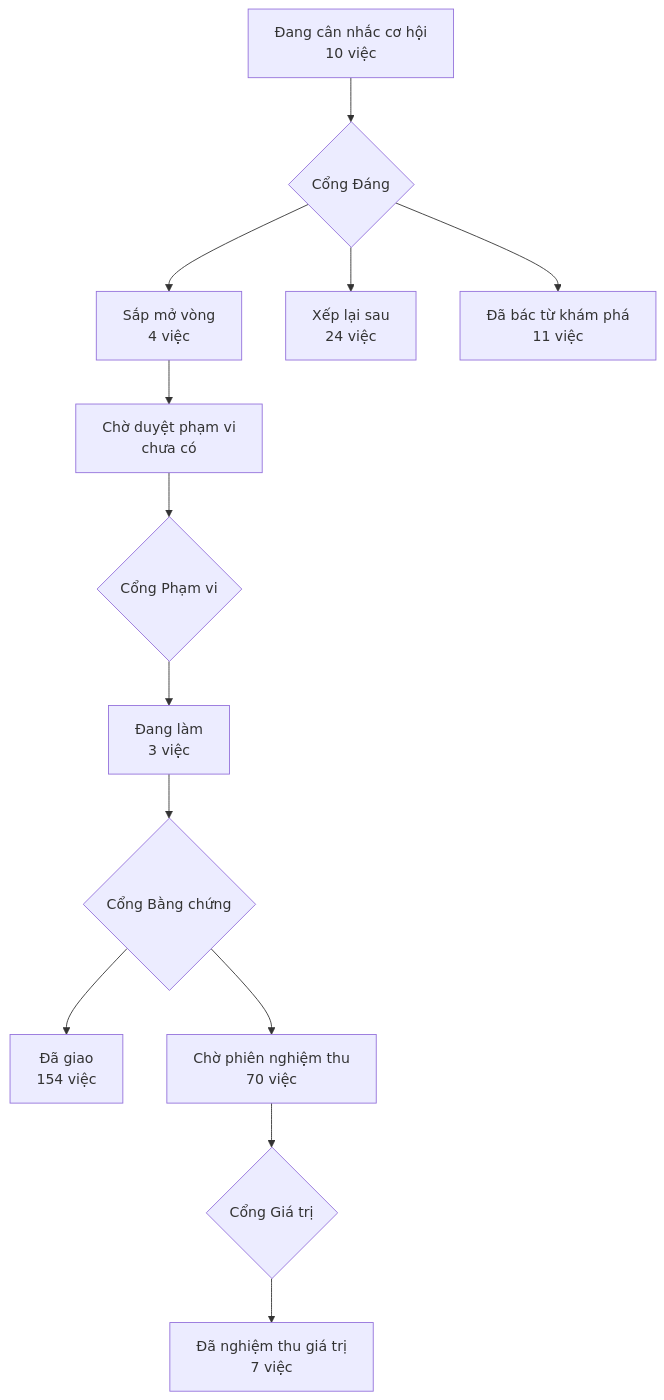
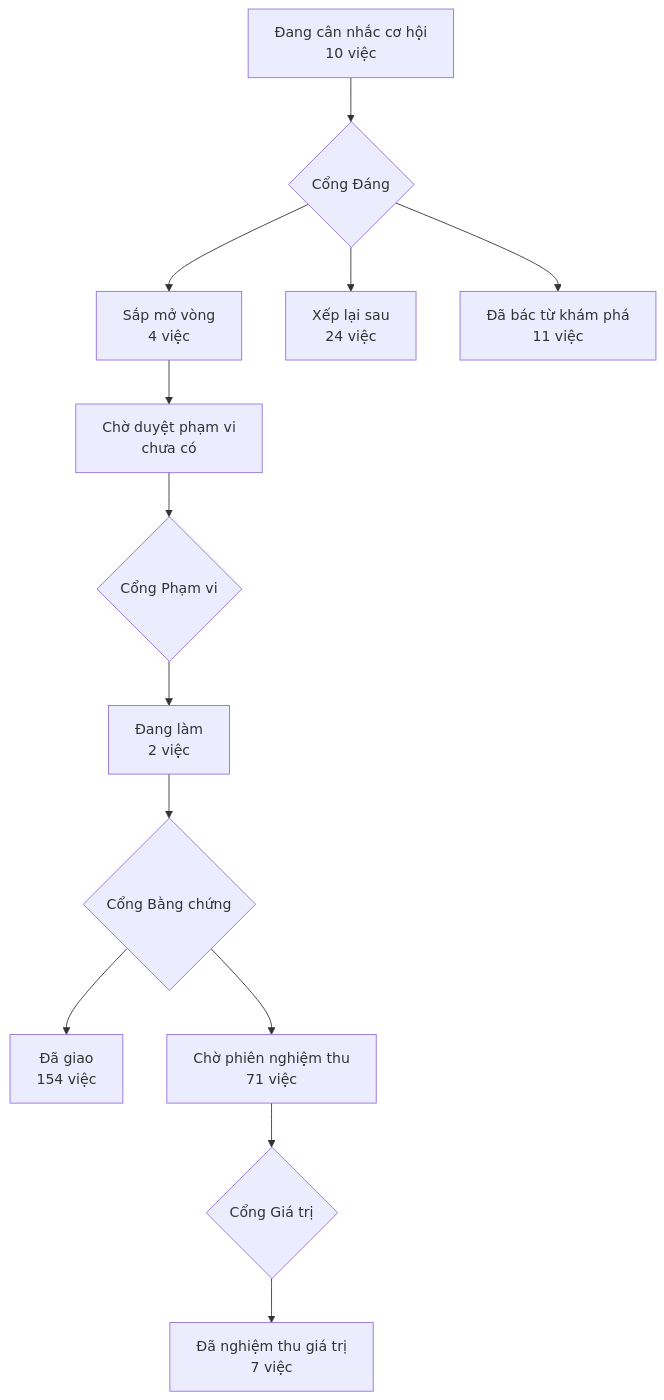
Before and after one commit to phanlemanh/acceptance-gate-kit: the diagram in PRODUCT-MAP.md, drawn with Mermaid. The commit also changed 6 other files, not shown here.

````diff
--- a/PRODUCT-MAP.md
+++ b/PRODUCT-MAP.md
@@ -7,12 +7,12 @@
 ```mermaid
 flowchart TD
   A["Đang cân nhắc cơ hội<br/>10 việc"] --> GD{"Cổng Đáng"}
   GD --> B["Sắp mở vòng<br/>4 việc"]
   GD --> XL["Xếp lại sau<br/>24 việc"]
   GD --> DB["Đã bác từ khám phá<br/>11 việc"]
   B --> CD["Chờ duyệt phạm vi<br/>chưa có"] --> GP{"Cổng Phạm vi"}
-  GP --> DL["Đang làm<br/>3 việc"] --> GB{"Cổng Bằng chứng"}
+  GP --> DL["Đang làm<br/>2 việc"] --> GB{"Cổng Bằng chứng"}
   GB --> DG["Đã giao<br/>154 việc"]
-  GB --> CN["Chờ phiên nghiệm thu<br/>70 việc"] --> GG{"Cổng Giá trị"}
+  GB --> CN["Chờ phiên nghiệm thu<br/>71 việc"] --> GG{"Cổng Giá trị"}
   GG --> NT["Đã nghiệm thu giá trị<br/>7 việc"]
 ```
````
